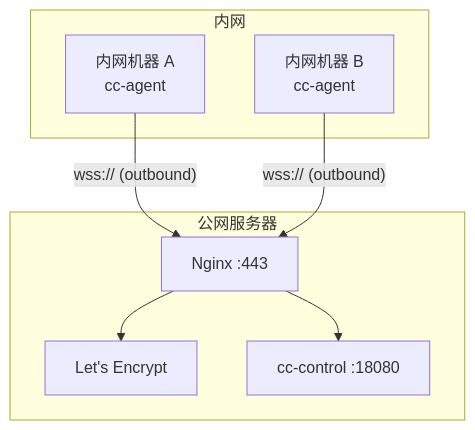
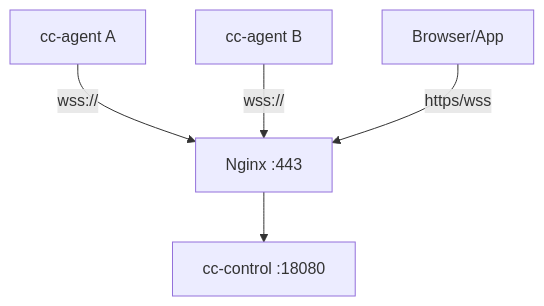
One commit to xuzhougeng/agent-control changed the fifth of 5 diagrams in docs/architecture.md. Above: the diagram before and after it, drawn with Mermaid. The commit also changed other lines of this file, not shown here.

Commit message:
docs: update architecture documentation to clarify system overview, component responsibilities, and authentication mechanisms

````diff
--- a/docs/architecture.md
+++ b/docs/architecture.md
@@ -99,18 +184,7 @@
 ```mermaid
 flowchart TB
-    subgraph Public["公网服务器"]
-        LE["Let's Encrypt"]
-        Nginx["Nginx :443"]
-        CC["cc-control :18080"]
-        Nginx --> LE
-        Nginx --> CC
-    end
-
-    subgraph Intranet["内网"]
-        A1["内网机器 A\ncc-agent"]
-        A2["内网机器 B\ncc-agent"]
-    end
-
-    A1 -->|"wss:// (outbound)"| Nginx
-    A2 -->|"wss:// (outbound)"| Nginx
+    N["Nginx :443"] --> CC["cc-control :18080"]
+    A1["cc-agent A"] -->|"wss://"| N
+    A2["cc-agent B"] -->|"wss://"| N
+    UI["Browser/App"] -->|"https/wss"| N
 ```
````
